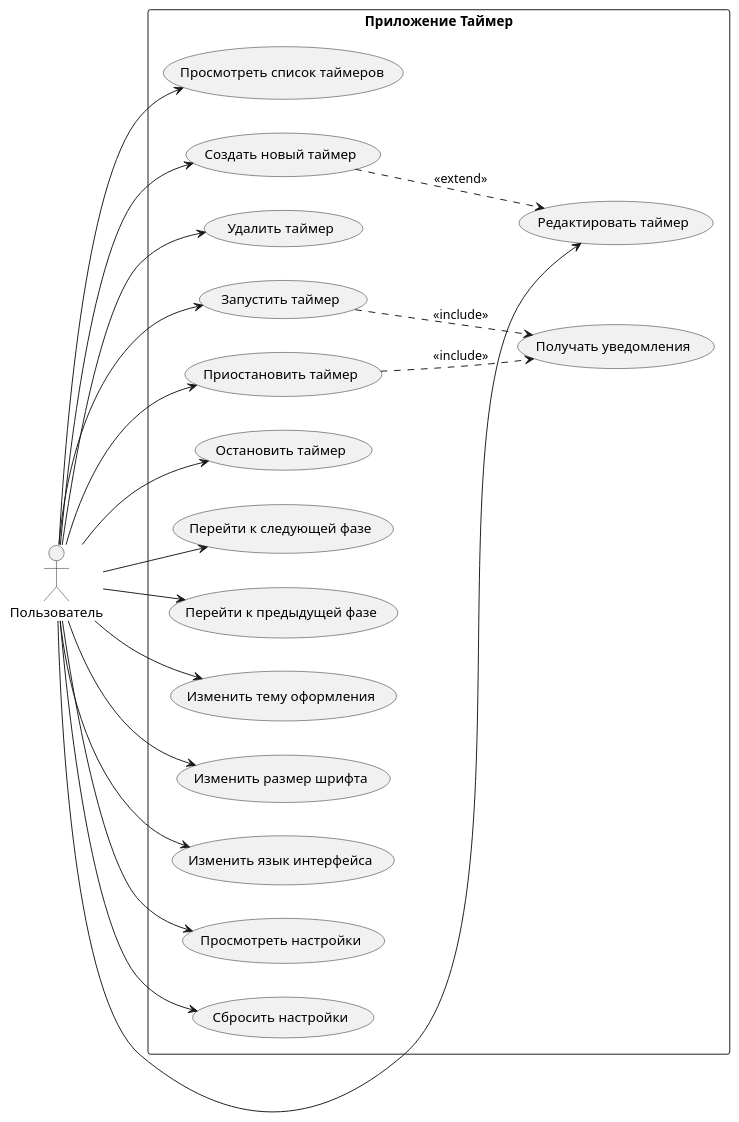
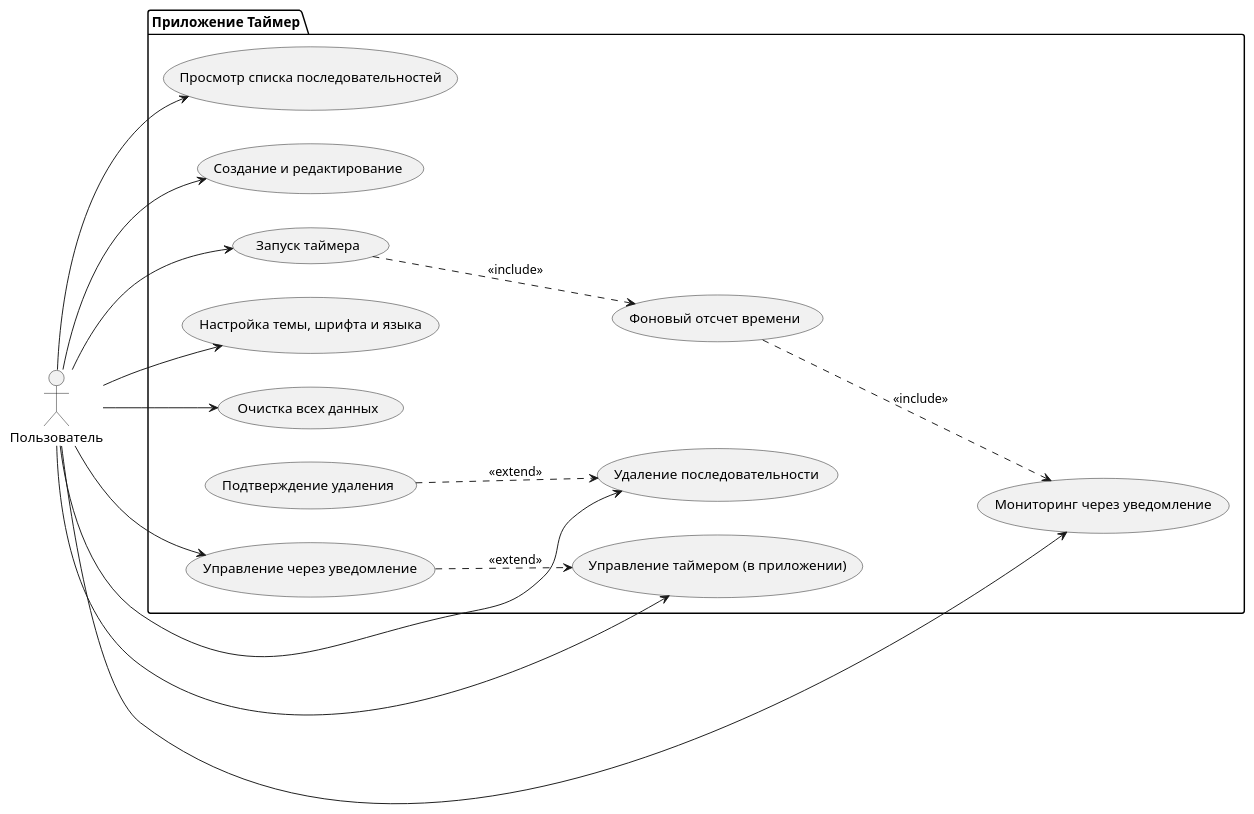
The diagram in Reports/LR2/img/use_case.puml (Dmitro44/Mobilki), drawn with PlantUML before and after one commit. The commit also changed 3 other files, not shown here.

Commit message:
LR2: update use_case diagram

```diff
--- a/Reports/LR2/img/use_case.puml
+++ b/Reports/LR2/img/use_case.puml
@@ -1,45 +1,33 @@
 @startuml
 left to right direction
-skinparam packageStyle rectangle
-
-actor "Пользователь" as User
-
-rectangle "Приложение Таймер" {
-  usecase "Просмотреть список таймеров" as UC1
-  usecase "Создать новый таймер" as UC2
-  usecase "Редактировать таймер" as UC3
-  usecase "Удалить таймер" as UC4
-  usecase "Запустить таймер" as UC5
-  usecase "Приостановить таймер" as UC6
-  usecase "Остановить таймер" as UC7
-  usecase "Перейти к следующей фазе" as UC8
-  usecase "Перейти к предыдущей фазе" as UC9
-  usecase "Изменить тему оформления" as UC10
-  usecase "Изменить размер шрифта" as UC11
-  usecase "Изменить язык интерфейса" as UC12
-  usecase "Просмотреть настройки" as UC13
-  usecase "Сбросить настройки" as UC14
-  usecase "Получать уведомления" as UC15
+actor "Пользователь" as user
+package "Приложение Таймер" {
+  usecase "Просмотр списка последовательностей" as UC_Read
+  usecase "Создание и редактирование" as UC_Edit
+  usecase "Удаление последовательности" as UC_Delete
+  usecase "Запуск таймера" as UC_Play
+  usecase "Управление таймером (в приложении)" as UC_Timer
+  usecase "Настройка темы, шрифта и языка" as UC_Settings
+  usecase "Очистка всех данных" as UC_Clear
+  
+  usecase "Фоновый отсчет времени" as UC_Service
+  usecase "Мониторинг через уведомление" as UC_Monitor
+  usecase "Управление через уведомление" as UC_NotifyControl
+  usecase "Подтверждение удаления" as UC_Confirm
 }
-
-User --> UC1
-User --> UC2
-User --> UC3
-User --> UC4
-User --> UC5
-User --> UC6
-User --> UC7
-User --> UC8
-User --> UC9
-User --> UC10
-User --> UC11
-User --> UC12
-User --> UC13
-User --> UC14
-
-UC5 ..> UC15 : <<include>>
-UC6 ..> UC15 : <<include>>
-
-UC2 ..> UC3 : <<extend>>
-
+user --> UC_Read
+user --> UC_Edit
+user --> UC_Delete
+user --> UC_Play
+user --> UC_Timer
+user --> UC_Settings
+user --> UC_Clear
+user --> UC_Monitor
+user --> UC_NotifyControl
+UC_Play ..> UC_Service : <<include>>
+UC_Service ..> UC_Monitor : <<include>>
+' Управление из уведомления расширяет базовую функцию управления
+UC_NotifyControl ..> UC_Timer : <<extend>>
+' Подтверждение расширяет процесс удаления
+UC_Confirm ..> UC_Delete : <<extend>>
 @enduml
```
